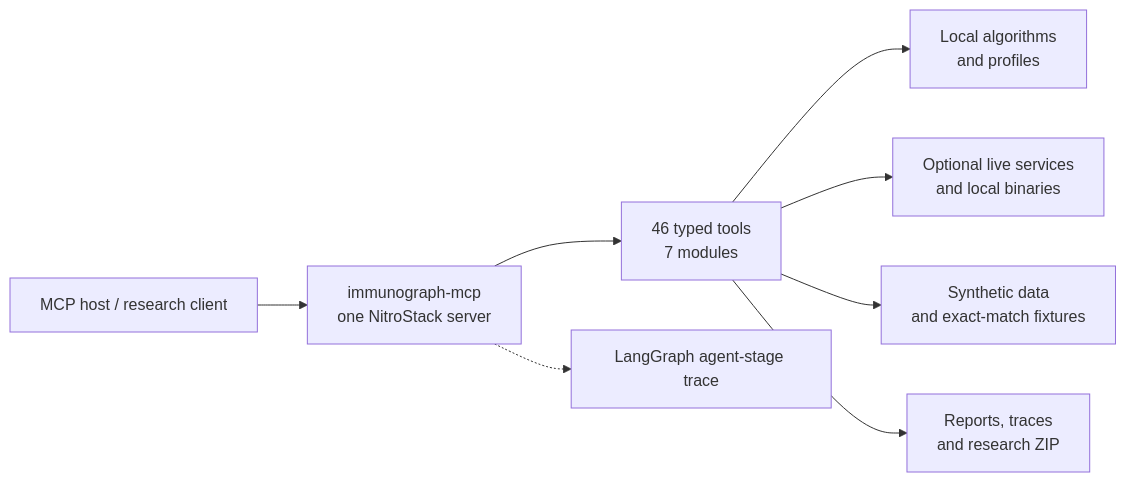
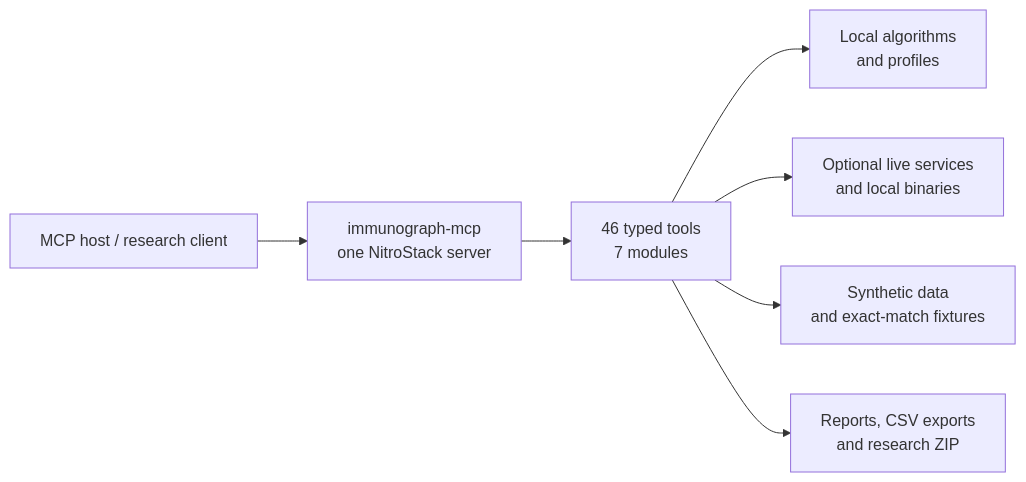
Before and after one commit to Ajey95/immuno-graph: the diagram in README.md, drawn with Mermaid. The commit also changed other lines of this file, not shown here.

Commit message:
Focus README on MCP tool server

````diff
--- a/README.md
+++ b/README.md
@@ -51,10 +51,9 @@
 ```mermaid
 flowchart LR
     Host["MCP host / research client"] --> Server["immunograph-mcp<br/>one NitroStack server"]
     Server --> Tools["46 typed tools<br/>7 modules"]
     Tools --> Algorithms["Local algorithms<br/>and profiles"]
     Tools --> Live["Optional live services<br/>and local binaries"]
     Tools --> Fixtures["Synthetic data<br/>and exact-match fixtures"]
-    Tools --> Export["Reports, traces<br/>and research ZIP"]
-    Server -.-> Graph["LangGraph agent-stage trace"]
+    Tools --> Export["Reports, CSV exports<br/>and research ZIP"]
 ```
````
